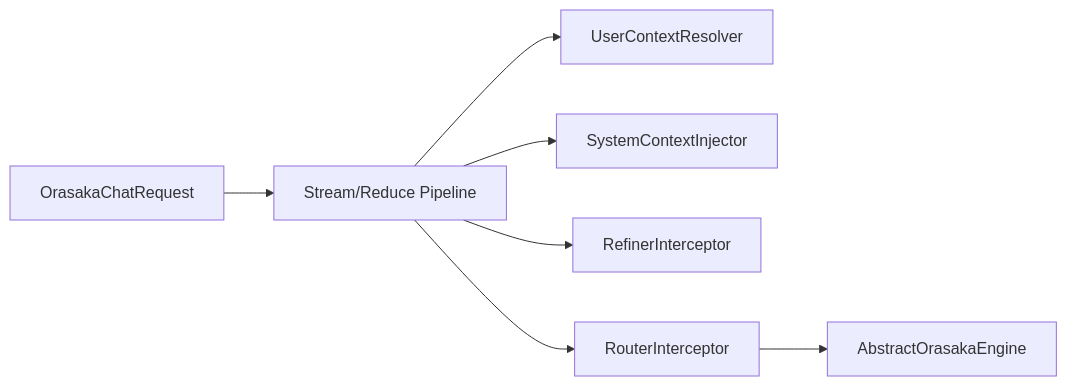
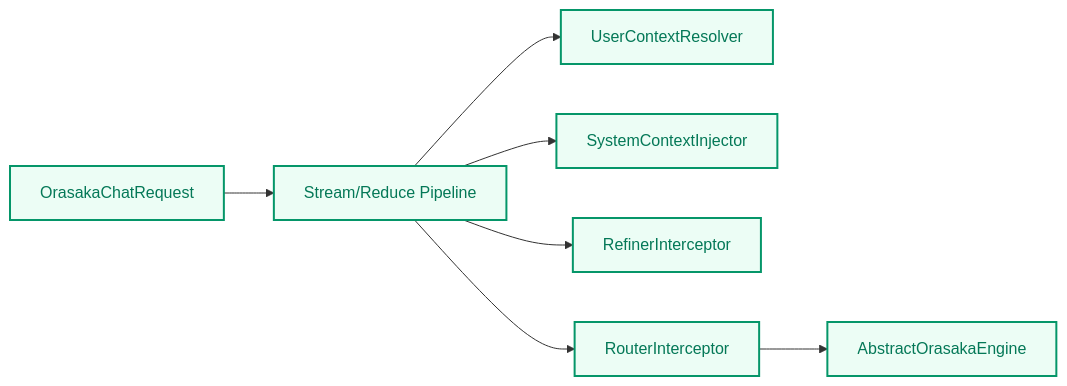
Before and after one commit to oussamaABID/orasaka: the diagram in README.md, drawn with Mermaid. The commit also changed other lines of this file and 1 other file, not shown here.

Commit message:
docs(mermaid): style and unify Mermaid flowcharts in ARCHITECTURE.md and README.md

````diff
--- a/README.md
+++ b/README.md
@@ -200,9 +201,16 @@
 ```mermaid
 graph LR
     Request[OrasakaChatRequest] --> Interceptors[Stream/Reduce Pipeline]
     Interceptors --> Interceptor1[UserContextResolver]
     Interceptors --> Interceptor2[SystemContextInjector]
     Interceptors --> Interceptor3[RefinerInterceptor]
     Interceptors --> Interceptor4[RouterInterceptor]
     Interceptor4 --> Engine[AbstractOrasakaEngine]
+
+    classDef client fill:#e0f2fe,stroke:#0284c7,stroke-width:2px,color:#0369a1;
+    classDef bff fill:#f5f3ff,stroke:#7c3aed,stroke-width:2px,color:#6d28d9;
+    classDef core fill:#ecfdf5,stroke:#059669,stroke-width:2px,color:#047857;
+    classDef infra fill:#fef3c7,stroke:#d97706,stroke-width:2px,color:#b45309;
+    
+    class Request,Interceptors,Interceptor1,Interceptor2,Interceptor3,Interceptor4,Engine core;
 ```
````
